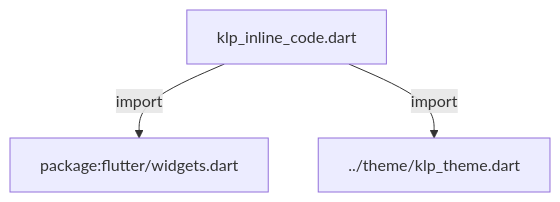
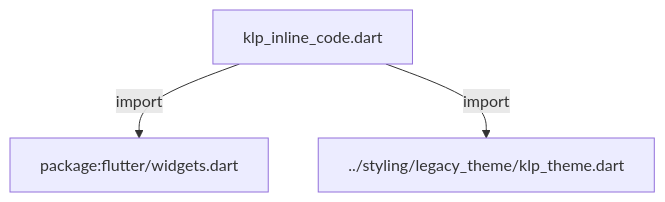
The first of 3 diagrams in docs/architecture/src/foundation/klp_inline_code.md (MiuDog/Kallopis), drawn with Mermaid before and after one commit. The commit also changed other lines of this file and 3539 other files, not shown here.

````diff
--- a/docs/architecture/src/foundation/klp_inline_code.md
+++ b/docs/architecture/src/foundation/klp_inline_code.md
@@ -11,8 +11,8 @@
 ```mermaid
 flowchart TD
 	n0["klp_inline_code.dart"]
 	n1["package:flutter/widgets.dart"]
-	n2["../theme/klp_theme.dart"]
+	n2["../styling/legacy_theme/klp_theme.dart"]
 	n0 -->|"import"| n1
 	n0 -->|"import"| n2
 ```
````
